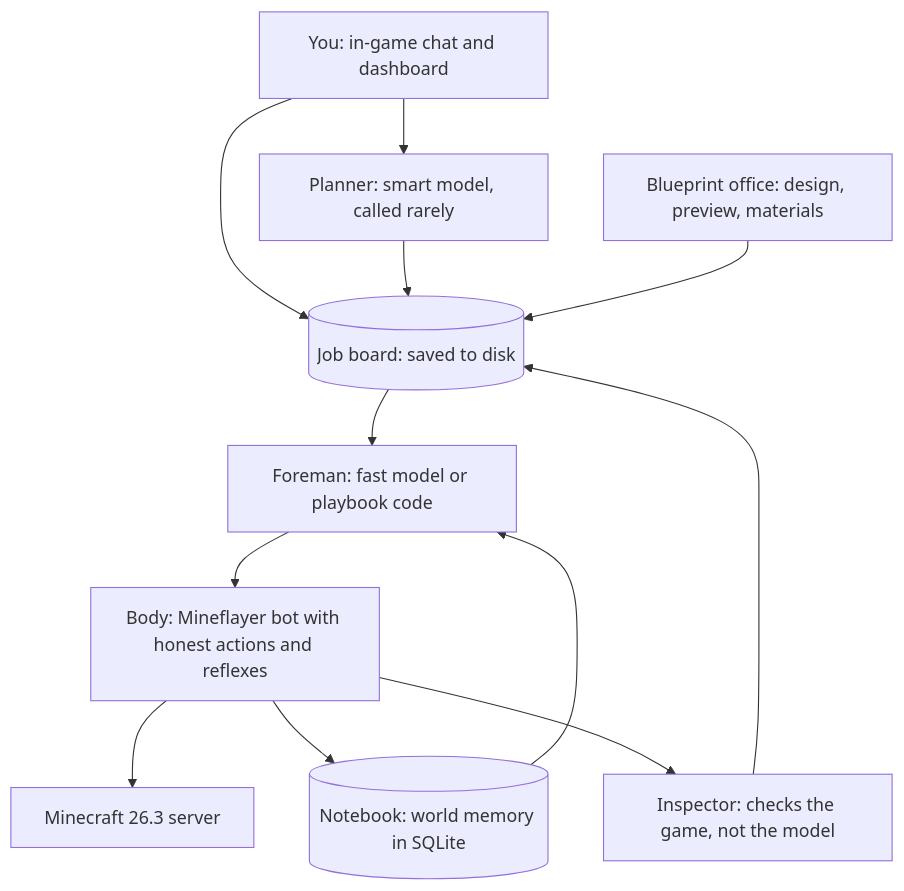
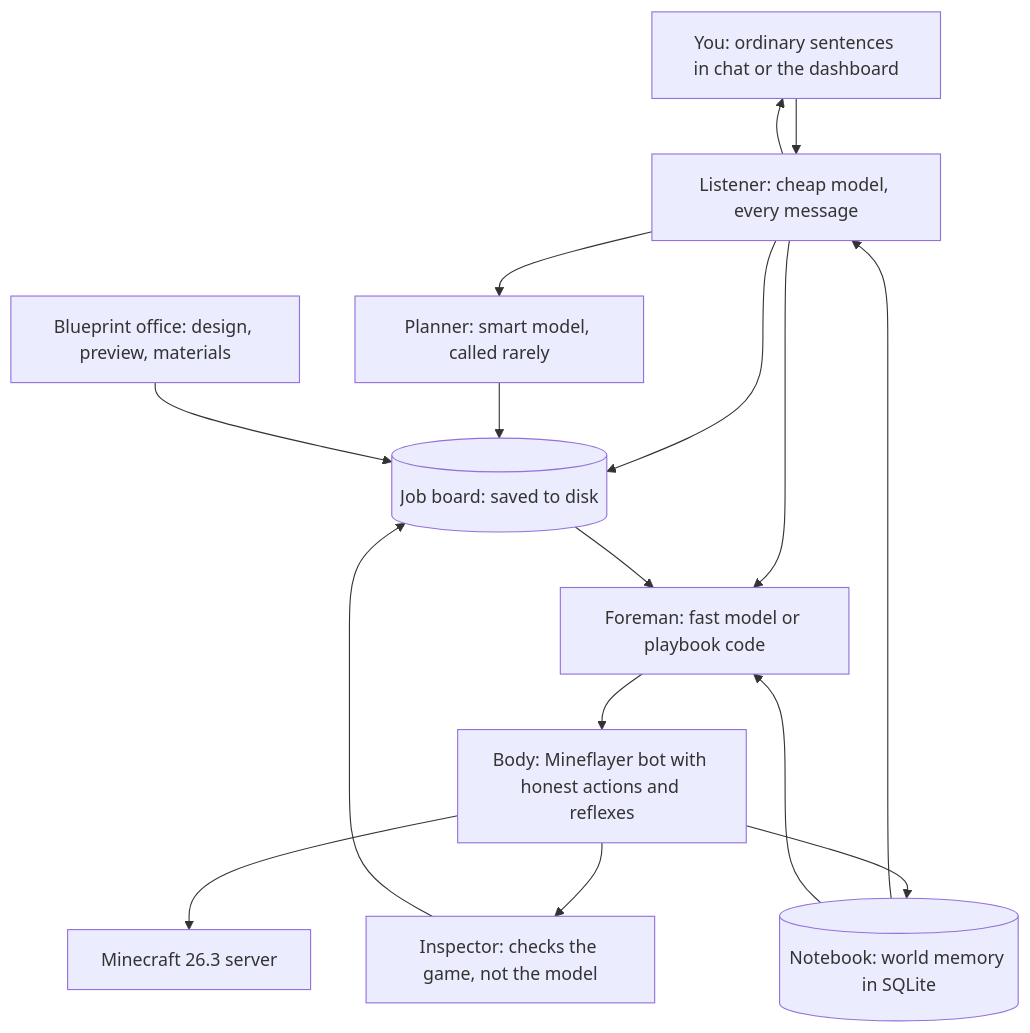
The diagram in docs/02-how-we-make-it-better.md (dk9966/Minegoon), drawn with Mermaid before and after one commit. The commit also changed other lines of this file and 1 other file, not shown here.

First line of the commit message:
Route chat through a listener so you talk in sentences

````diff
--- a/docs/02-how-we-make-it-better.md
+++ b/docs/02-how-we-make-it-better.md
@@ -30,24 +31,29 @@
 ```mermaid
 flowchart TB
-  you[You: in-game chat and dashboard]
+  you[You: ordinary sentences in chat or the dashboard]
+  listener[Listener: cheap model, every message]
   planner[Planner: smart model, called rarely]
   board[(Job board: saved to disk)]
   foreman[Foreman: fast model or playbook code]
   inspector[Inspector: checks the game, not the model]
   notebook[(Notebook: world memory in SQLite)]
   blueprint[Blueprint office: design, preview, materials]
   body[Body: Mineflayer bot with honest actions and reflexes]
   mc[Minecraft 26.3 server]
 
-  you --> planner
-  you --> board
+  you --> listener
+  listener --> planner
+  listener --> board
+  listener --> foreman
+  listener --> you
+  notebook --> listener
   planner --> board
   blueprint --> board
   board --> foreman
   notebook --> foreman
   foreman --> body
   body --> mc
   body --> notebook
   body --> inspector
   inspector --> board
 ```
````
